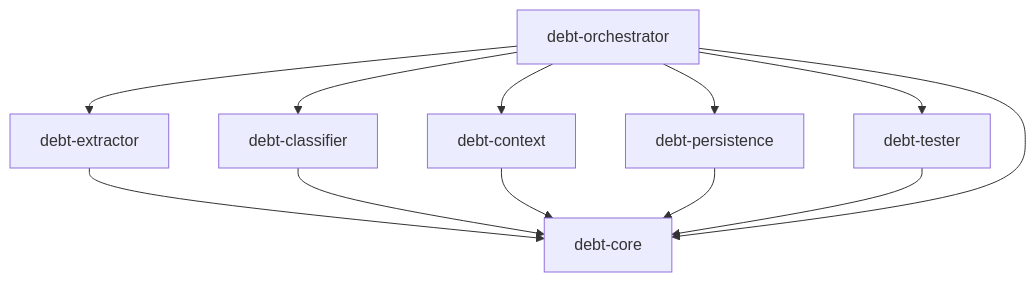
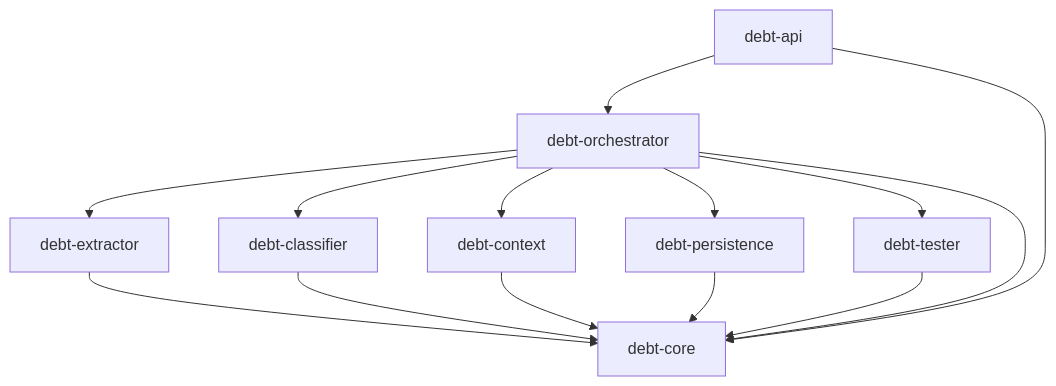
One commit to JonasFortes12/debt2test changed the first of 5 diagrams in architecture.md. Above: the diagram before and after it, drawn with Mermaid. The commit also changed other lines of this file and 52 other files, not shown here.

````diff
--- a/architecture.md
+++ b/architecture.md
@@ -118,22 +124,25 @@
 ```mermaid
 graph TD
     CORE[debt-core]
     EXTRACTOR[debt-extractor]
     CLASSIFIER[debt-classifier]
     CONTEXT[debt-context]
     TESTER[debt-tester]
     PERSISTENCE[debt-persistence]
     ORCH[debt-orchestrator]
+    API[debt-api]
 
     EXTRACTOR --> CORE
     CLASSIFIER --> CORE
     CONTEXT --> CORE
     PERSISTENCE --> CORE
     TESTER --> CORE
     ORCH --> CORE
     ORCH --> EXTRACTOR
     ORCH --> CLASSIFIER
     ORCH --> CONTEXT
     ORCH --> TESTER
     ORCH --> PERSISTENCE
+    API --> CORE
+    API --> ORCH
 ```
````
